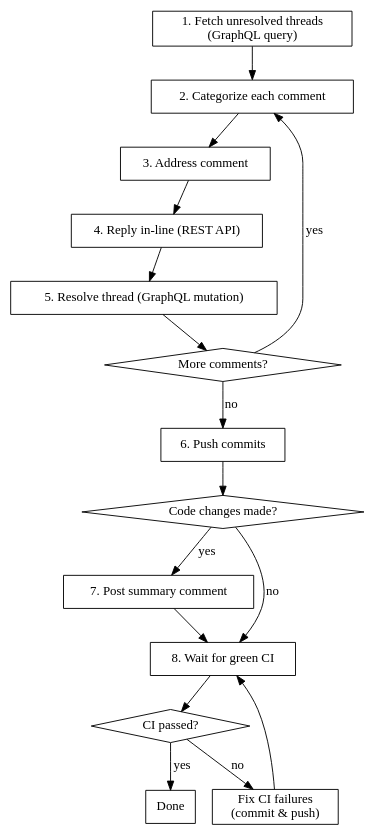
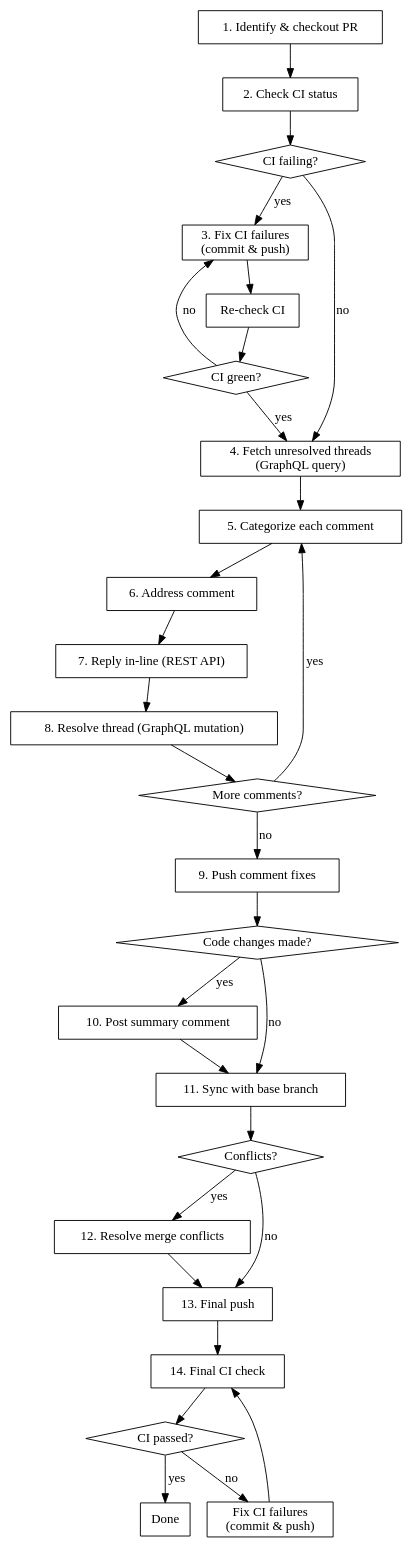
The diagram in .codex/skills/addressing-pr-reviews/SKILL.md (eddacraft/eddacraft-tui), drawn with Graphviz before and after one commit. The commit also changed other lines of this file and 27 other files, not shown here.

````diff
--- a/.codex/skills/addressing-pr-reviews/SKILL.md
+++ b/.codex/skills/addressing-pr-reviews/SKILL.md
@@ -55,32 +20,52 @@
 ```dot
 digraph workflow {
   rankdir=TB;
   node [shape=box];
 
-  fetch [label="1. Fetch unresolved threads\n(GraphQL query)"];
-  categorize [label="2. Categorize each comment"];
-  address [label="3. Address comment"];
-  reply [label="4. Reply in-line (REST API)"];
-  resolve [label="5. Resolve thread (GraphQL mutation)"];
+  identify [label="1. Identify & checkout PR"];
+  ci_check [label="2. Check CI status"];
+  ci_fail [label="CI failing?" shape=diamond];
+  fix_ci [label="3. Fix CI failures\n(commit & push)"];
+  ci_recheck [label="Re-check CI"];
+  ci_green [label="CI green?" shape=diamond];
+  fetch [label="4. Fetch unresolved threads\n(GraphQL query)"];
+  categorize [label="5. Categorize each comment"];
+  address [label="6. Address comment"];
+  reply [label="7. Reply in-line (REST API)"];
+  resolve [label="8. Resolve thread (GraphQL mutation)"];
   more [label="More comments?" shape=diamond];
-  push [label="6. Push commits"];
+  push_comments [label="9. Push comment fixes"];
   summary [label="Code changes made?" shape=diamond];
-  post [label="7. Post summary comment"];
-  ci [label="8. Wait for green CI"];
-  ci_pass [label="CI passed?" shape=diamond];
-  fix_ci [label="Fix CI failures\n(commit & push)"];
+  post [label="10. Post summary comment"];
+  conflicts [label="11. Sync with base branch"];
+  has_conflicts [label="Conflicts?" shape=diamond];
+  resolve_conflicts [label="12. Resolve merge conflicts"];
+  push_final [label="13. Final push"];
+  ci_final [label="14. Final CI check"];
+  ci_final_pass [label="CI passed?" shape=diamond];
+  fix_ci_final [label="Fix CI failures\n(commit & push)"];
   done [label="Done"];
 
+  identify -> ci_check -> ci_fail;
+  ci_fail -> fix_ci [label="yes"];
+  ci_fail -> fetch [label="no"];
+  fix_ci -> ci_recheck -> ci_green;
+  ci_green -> fetch [label="yes"];
+  ci_green -> fix_ci [label="no"];
   fetch -> categorize -> address -> reply -> resolve -> more;
   more -> categorize [label="yes"];
-  more -> push [label="no"];
-  push -> summary;
+  more -> push_comments [label="no"];
+  push_comments -> summary;
   summary -> post [label="yes"];
-  summary -> ci [label="no"];
-  post -> ci;
-  ci -> ci_pass;
-  ci_pass -> done [label="yes"];
-  ci_pass -> fix_ci [label="no"];
-  fix_ci -> ci;
+  summary -> conflicts [label="no"];
+  post -> conflicts;
+  conflicts -> has_conflicts;
+  has_conflicts -> resolve_conflicts [label="yes"];
+  has_conflicts -> push_final [label="no"];
+  resolve_conflicts -> push_final;
+  push_final -> ci_final -> ci_final_pass;
+  ci_final_pass -> done [label="yes"];
+  ci_final_pass -> fix_ci_final [label="no"];
+  fix_ci_final -> ci_final;
 }
 ```
````
